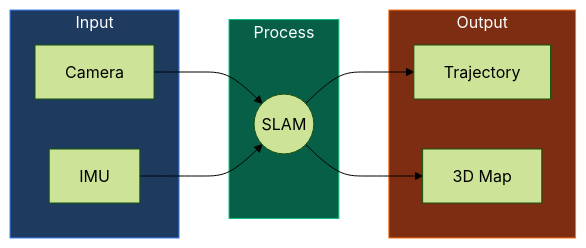
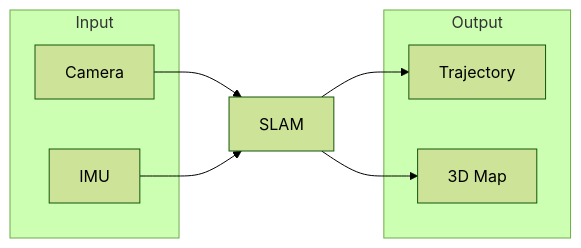
The first of 10 diagrams in README.md (robertteleng/aria-slam), drawn with Mermaid (forest theme) before and after one commit. The commit also changed other lines of this file, not shown here.

Commit message:
docs: add glossary section and fix Mermaid syntax

````diff
--- a/README.md
+++ b/README.md
@@ -58,25 +58,17 @@
 ```mermaid
 flowchart LR
     subgraph Input
         C[Camera]
         I[IMU]
-    end
-
-    subgraph Process
-        SLAM((SLAM))
     end
 
     subgraph Output
         T[Trajectory]
         M[3D Map]
     end
 
     C --> SLAM
     I --> SLAM
     SLAM --> T
     SLAM --> M
-
-    style Input fill:#1e3a5f,stroke:#3b82f6,color:#fff
-    style Process fill:#065f46,stroke:#10b981,color:#fff
-    style Output fill:#7c2d12,stroke:#f97316,color:#fff
 ```
````
